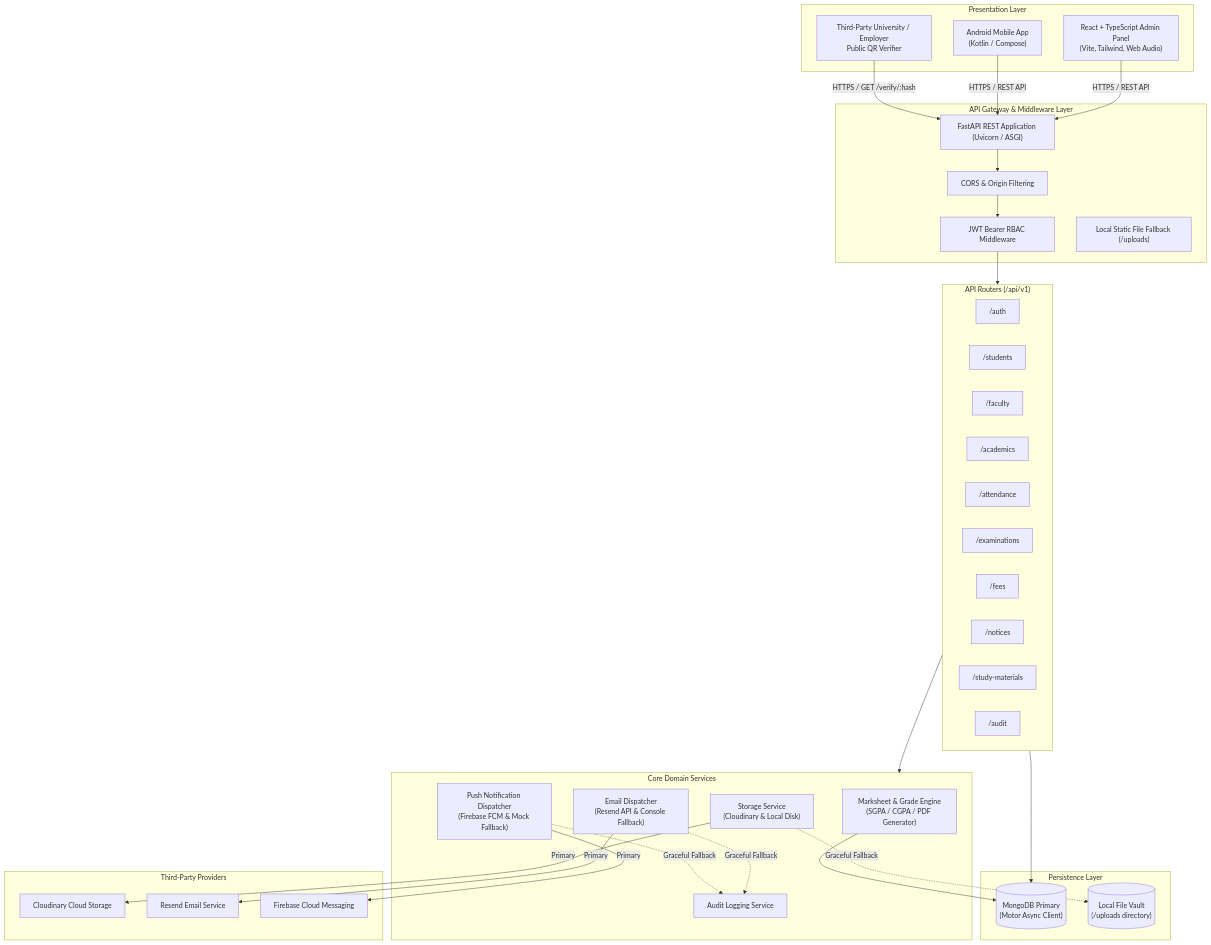
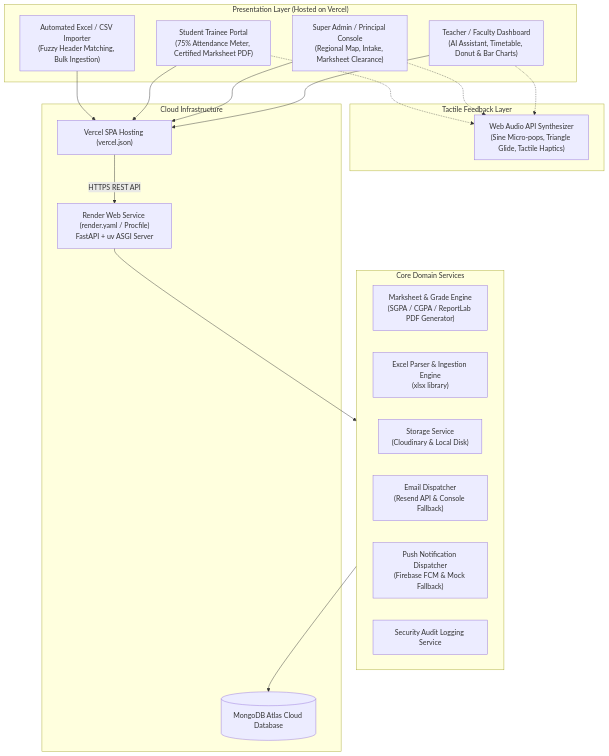
One commit to ulmind-com/annapurna-memorial-college-erp-backend changed the first of 5 diagrams in ARCHITECTURE.md. Above: the diagram before and after it, drawn with Mermaid. The commit also changed other lines of this file, not shown here.

Commit message:
docs: add mobile Firebase push notification sequence diagram and setup guide

````diff
--- a/ARCHITECTURE.md
+++ b/ARCHITECTURE.md
@@ -27,69 +33,41 @@
 ```mermaid
 flowchart TD
-    subgraph Clients["Presentation Layer"]
-        WebAdmin["React + TypeScript Admin Panel\n(Vite, Tailwind, Web Audio)"]
-        MobileApp["Android Mobile App\n(Kotlin / Compose)"]
-        PublicVerifier["Third-Party University / Employer\nPublic QR Verifier"]
+    subgraph Clients["Presentation Layer (Hosted on Vercel)"]
+        TeacherPortal["Teacher / Faculty Dashboard\n(AI Assistant, Timetable, Donut & Bar Charts)"]
+        SuperAdminPortal["Super Admin / Principal Console\n(Regional Map, Intake, Marksheet Clearance)"]
+        StudentPortal["Student Trainee Portal\n(75% Attendance Meter, Certified Marksheet PDF)"]
+        ExcelImportTool["Automated Excel / CSV Importer\n(Fuzzy Header Matching, Bulk Ingestion)"]
     end
 
-    subgraph Gateway["API Gateway & Middleware Layer"]
-        FastAPIApp["FastAPI REST Application (Uvicorn / ASGI)"]
-        CORS["CORS & Origin Filtering"]
-        AuthMiddleware["JWT Bearer RBAC Middleware"]
-        StaticUploads["Local Static File Fallback (/uploads)"]
+    subgraph AudioEngine["Tactile Feedback Layer"]
+        WebAudioHaptic["Web Audio API Synthesizer\n(Sine Micro-pops, Triangle Glide, Tactile Haptics)"]
+    end
+
+    subgraph CloudHosting["Cloud Infrastructure"]
+        VercelEdge["Vercel SPA Hosting (vercel.json)"]
+        RenderBackend["Render Web Service (render.yaml / Procfile)\nFastAPI + uv ASGI Server"]
+        AtlasMongo[("MongoDB Atlas Cloud Database")]
     end
 
     subgraph ServiceLayer["Core Domain Services"]
-        MarksheetSvc["Marksheet & Grade Engine\n(SGPA / CGPA / PDF Generator)"]
+        MarksheetSvc["Marksheet & Grade Engine\n(SGPA / CGPA / ReportLab PDF Generator)"]
+        ExcelSvc["Excel Parser & Ingestion Engine\n(xlsx library)"]
         StorageSvc["Storage Service\n(Cloudinary & Local Disk)"]
         EmailSvc["Email Dispatcher\n(Resend API & Console Fallback)"]
         NotifSvc["Push Notification Dispatcher\n(Firebase FCM & Mock Fallback)"]
-        AuditSvc["Audit Logging Service"]
+        AuditSvc["Security Audit Logging Service"]
     end
 
-    subgraph Routers["API Routers (/api/v1)"]
-        R_Auth["/auth"]
-        R_Students["/students"]
-        R_Faculty["/faculty"]
-        R_Academics["/academics"]
-        R_Attendance["/attendance"]
-        R_Exams["/examinations"]
-        R_Fees["/fees"]
-        R_Notices["/notices"]
-        R_Library["/study-materials"]
-        R_Audit["/audit"]
-    end
+    TeacherPortal --> VercelEdge
+    SuperAdminPortal --> VercelEdge
+    StudentPortal --> VercelEdge
+    ExcelImportTool --> VercelEdge
 
-    subgraph DataStore["Persistence Layer"]
-        MongoLive[("MongoDB Primary\n(Motor Async Client)")]
-        LocalFiles[("Local File Vault\n(/uploads directory)")]
-    end
+    TeacherPortal -.-> WebAudioHaptic
+    SuperAdminPortal -.-> WebAudioHaptic
+    StudentPortal -.-> WebAudioHaptic
 
-    subgraph ExternalServices["Third-Party Providers"]
-        CloudinaryCloud["Cloudinary Cloud Storage"]
-        ResendAPI["Resend Email Service"]
-        FCM["Firebase Cloud Messaging"]
-    end
-
-    WebAdmin -->|HTTPS / REST API| FastAPIApp
-    MobileApp -->|HTTPS / REST API| FastAPIApp
-    PublicVerifier -->|HTTPS / GET /verify/:hash| FastAPIApp
-
-    FastAPIApp --> CORS
-    CORS --> AuthMiddleware
-    AuthMiddleware --> Routers
-
-    Routers --> ServiceLayer
-
-    StorageSvc -->|Primary| CloudinaryCloud
-    StorageSvc -.->|Graceful Fallback| LocalFiles
-
-    EmailSvc -->|Primary| ResendAPI
-    EmailSvc -.->|Graceful Fallback| AuditSvc
-
-    NotifSvc -->|Primary| FCM
-    NotifSvc -.->|Graceful Fallback| AuditSvc
-
-    MarksheetSvc --> MongoLive
-    Routers --> MongoLive
+    VercelEdge -->|HTTPS REST API| RenderBackend
+    RenderBackend --> ServiceLayer
+    ServiceLayer --> AtlasMongo
 ```
````
